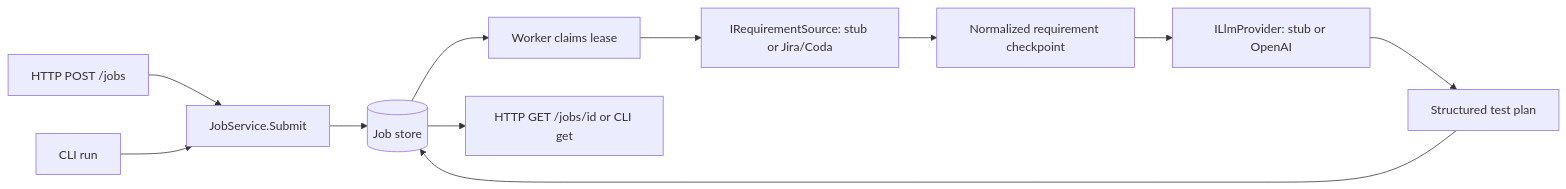
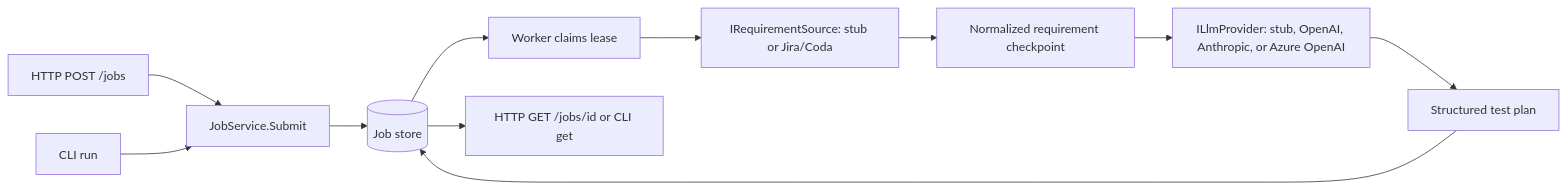
One commit to mikearmstrong1/QaEngineerAgent changed the diagram in docs/architecture.md. Above: the diagram before and after it, drawn with Mermaid. The commit also changed 19 other files, not shown here.

````diff
--- a/docs/architecture.md
+++ b/docs/architecture.md
@@ -7,13 +7,13 @@
 ```mermaid
 flowchart LR
     HTTP[HTTP POST /jobs] --> API[JobService.Submit]
     CLI[CLI run] --> API
     API --> Store[(Job store)]
     Store --> Worker[Worker claims lease]
     Worker --> Source[IRequirementSource: stub or Jira/Coda]
     Source --> Requirement[Normalized requirement checkpoint]
-    Requirement --> LLM[ILlmProvider: stub or OpenAI]
+    Requirement --> LLM[ILlmProvider: stub, OpenAI, Anthropic, or Azure OpenAI]
     LLM --> Plan[Structured test plan]
     Plan --> Store
     Store --> Read[HTTP GET /jobs/id or CLI get]
 ```
````
